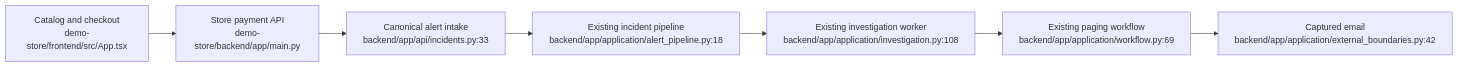
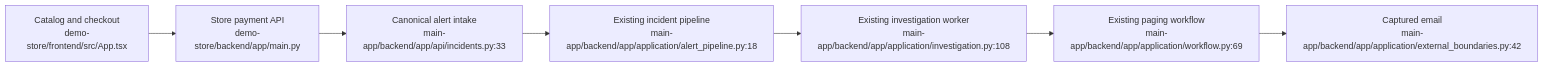
The diagram in PATHFINDER-2026-10-24/03-unified-proposal.md (safayavatsal/hero-vired-assignment), drawn with Mermaid before and after one commit. The commit also changed 108 other files, not shown here.

Commit message:
refactor: organize main app layout

````diff
--- a/PATHFINDER-2026-10-24/03-unified-proposal.md
+++ b/PATHFINDER-2026-10-24/03-unified-proposal.md
@@ -11,11 +11,11 @@
 ```mermaid
 flowchart LR
     A["Catalog and checkout<br/>demo-store/frontend/src/App.tsx"]
     S["Store payment API<br/>demo-store/backend/app/main.py"]
-    B["Canonical alert intake<br/>backend/app/api/incidents.py:33"]
-    C["Existing incident pipeline<br/>backend/app/application/alert_pipeline.py:18"]
-    D["Existing investigation worker<br/>backend/app/application/investigation.py:108"]
-    E["Existing paging workflow<br/>backend/app/application/workflow.py:69"]
-    F["Captured email<br/>backend/app/application/external_boundaries.py:42"]
+    B["Canonical alert intake<br/>main-app/backend/app/api/incidents.py:33"]
+    C["Existing incident pipeline<br/>main-app/backend/app/application/alert_pipeline.py:18"]
+    D["Existing investigation worker<br/>main-app/backend/app/application/investigation.py:108"]
+    E["Existing paging workflow<br/>main-app/backend/app/application/workflow.py:69"]
+    F["Captured email<br/>main-app/backend/app/application/external_boundaries.py:42"]
     A --> S --> B --> C --> D --> E --> F
 ```
````
